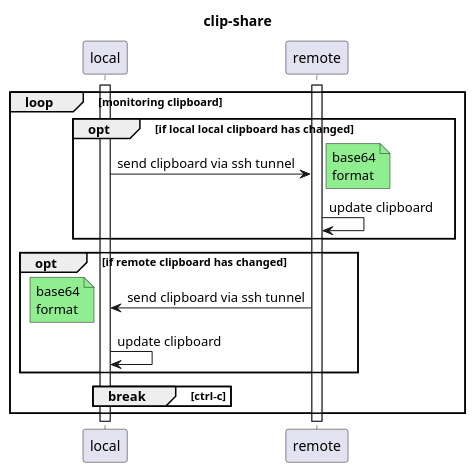
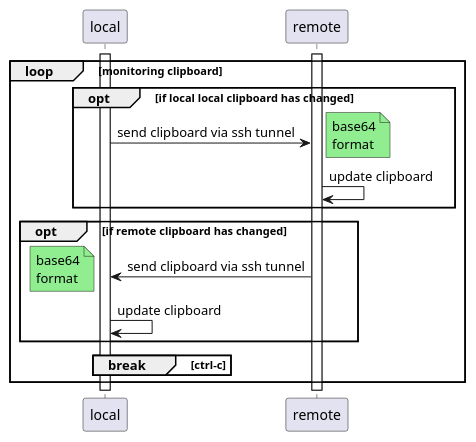
The second of 4 diagrams in README.md (umaumax/playground), drawn with PlantUML before and after one commit.

````diff
--- a/README.md
+++ b/README.md
@@ -13,29 +13,29 @@
 ```plantuml
 @startuml
 
-title clip-share
+' title clip-share
 
 participant "local" as Local
 participant "remote" as Remote
 
 loop monitoring clipboard
     opt if local local clipboard has changed
         activate Local
         Local -> Remote: send clipboard via ssh tunnel
         note right #lightgreen: base64\nformat
         Remote -> Remote: update clipboard
     end
 
     opt if remote clipboard has changed
         activate Remote
         Remote -> Local: send clipboard via ssh tunnel
         note left #lightgreen: base64\nformat
         Local -> Local: update clipboard
     end
 
     break ctrl-c
     end
 end
 
 @enduml
 ```
````
